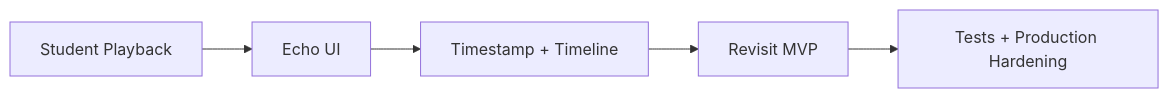
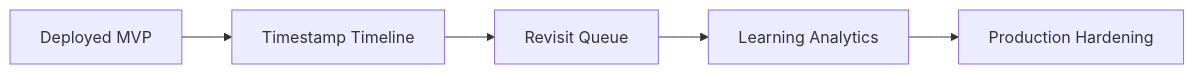
Before and after one commit to InfX2243/echoclass: the third of 3 diagrams in docs/19-remaining-implementation-roadmap.md, drawn with Mermaid. The commit also changed other lines of this file, not shown here.

Commit message:
docs: prioritize CloudFront web deployment roadmap

````diff
--- a/docs/19-remaining-implementation-roadmap.md
+++ b/docs/19-remaining-implementation-roadmap.md
@@ -41,7 +97,7 @@
 ```mermaid
 flowchart LR
-  A[Student Playback] --> B[Echo UI]
-  B --> C[Timestamp + Timeline]
-  C --> D[Revisit MVP]
-  D --> E[Tests + Production Hardening]
+  A[Deployed MVP] --> B[Timestamp Timeline]
+  B --> C[Revisit Queue]
+  C --> D[Learning Analytics]
+  D --> E[Production Hardening]
 ```
````
